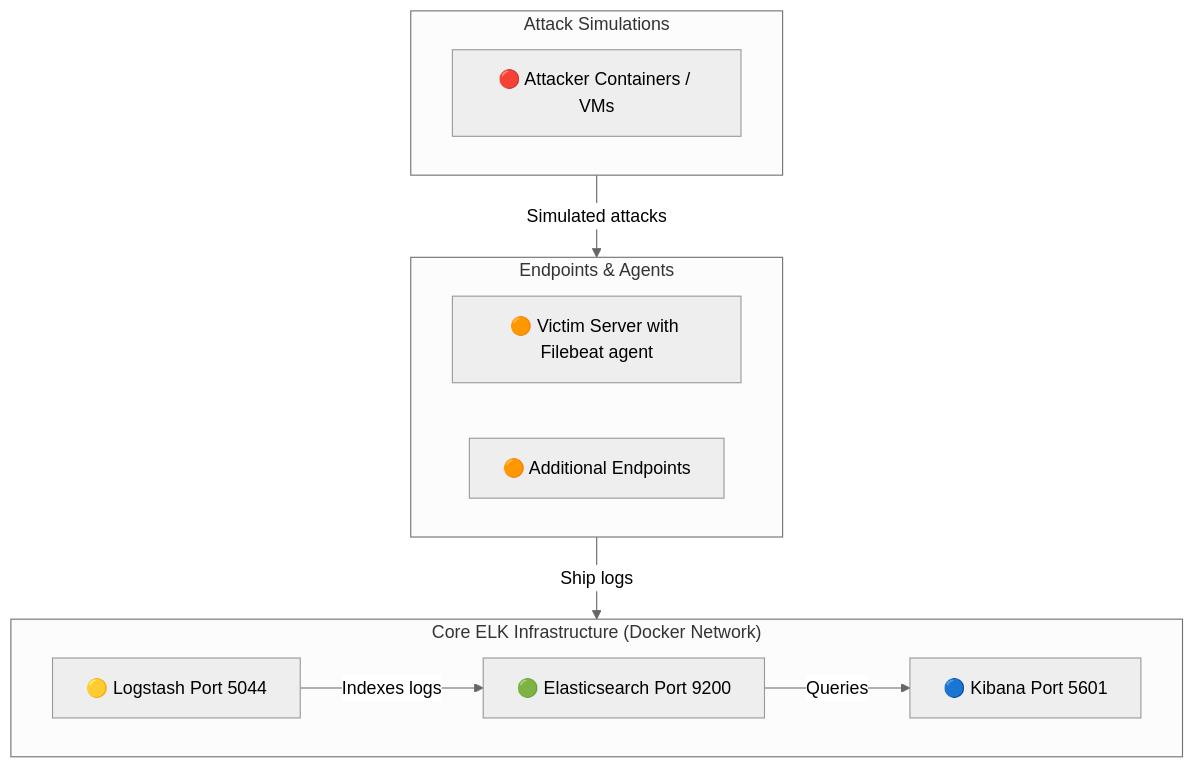
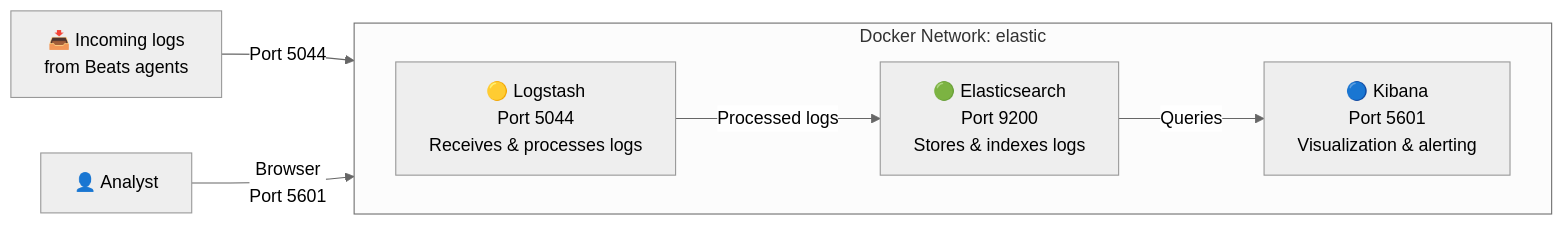
The diagram in README.md (benjaminsmith-spec/ELK-stack-Docker-Home-Lab), drawn with Mermaid (neutral theme) before and after one commit. The commit also changed other lines of this file, not shown here.

Commit message:
00-elk-setup README.md

````diff
--- a/README.md
+++ b/README.md
@@ -41,25 +9,15 @@
 ```mermaid
-flowchart TB
-    subgraph core["Core ELK Infrastructure (Docker Network)"]
+flowchart LR
+    subgraph Docker Network: elastic
         direction LR
-        ES["🟢 Elasticsearch Port 9200"]
-        LS["🟡 Logstash Port 5044"]
-        KB["🔵 Kibana Port 5601"]
-        LS -->|"Indexes logs"| ES
+        LS["🟡 Logstash<br>Port 5044<br>Receives & processes logs"]
+        ES["🟢 Elasticsearch<br>Port 9200<br>Stores & indexes logs"]
+        KB["🔵 Kibana<br>Port 5601<br>Visualization & alerting"]
+
+        LS -->|"Processed logs"| ES
         ES -->|"Queries"| KB
     end
 
-    subgraph agents["Endpoints & Agents"]
-        direction LR
-        V1["🟠 Victim Server with Filebeat agent"]
-        V2["🟠 Additional Endpoints"]
-    end
-
-    subgraph attacks["Attack Simulations"]
-        direction LR
-        A1["🔴 Attacker Containers / VMs"]
-    end
-
-    A1 -->|"Simulated attacks"| agents
-    agents -->|"Ship logs"| LS
+    IN["📥 Incoming logs<br>from Beats agents"] -->|"Port 5044"| LS
+    USER["👤 Analyst"] -->|"Browser<br>Port 5601"| KB
 ```
````
